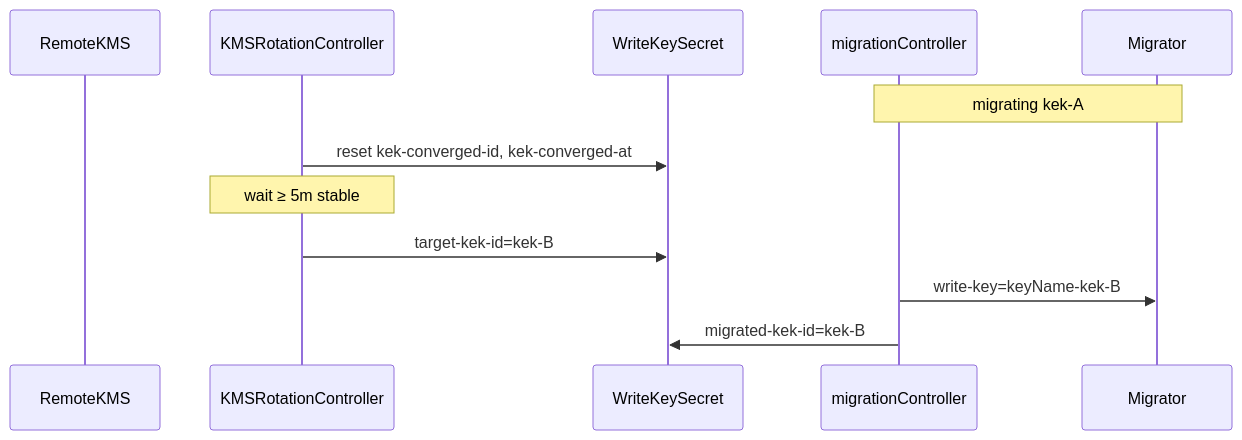
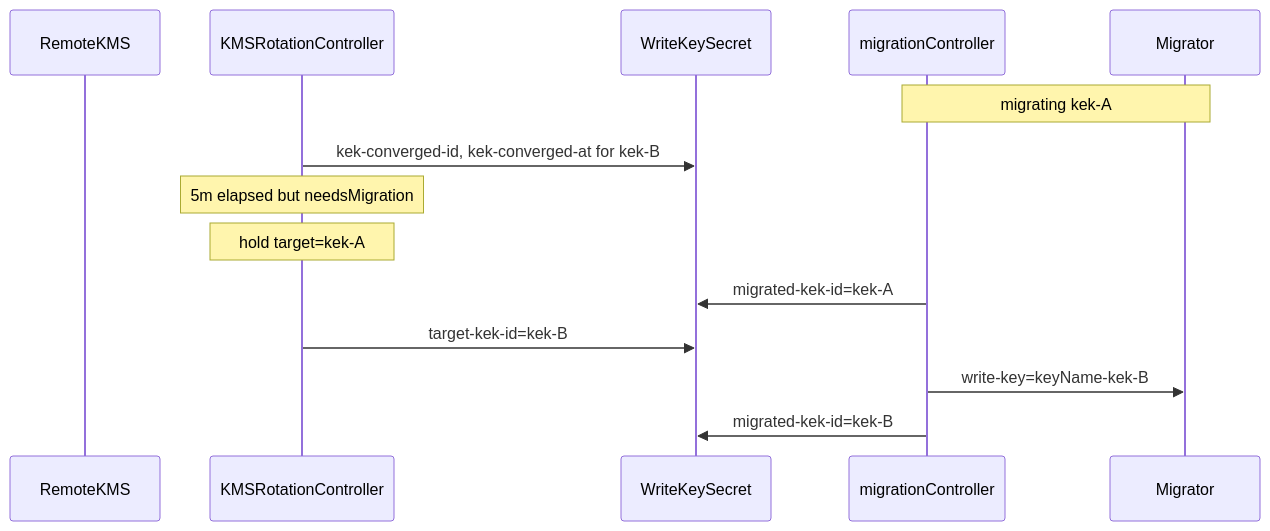
One commit to openshift/enhancements changed the third of 3 diagrams in enhancements/kube-apiserver/kms-encryption-foundations.md. Above: the diagram before and after it, drawn with Mermaid. The commit also changed other lines of this file, not shown here.

````diff
--- a/enhancements/kube-apiserver/kms-encryption-foundations.md
+++ b/enhancements/kube-apiserver/kms-encryption-foundations.md
@@ -565,15 +579,17 @@
 ```mermaid
 sequenceDiagram
     participant KMS as RemoteKMS
     participant RotCtrl as KMSRotationController
     participant Secret as WriteKeySecret
     participant MigCtrl as migrationController
     participant SVM as Migrator
 
     Note over MigCtrl,SVM: migrating kek-A
-    RotCtrl->>Secret: reset kek-converged-id, kek-converged-at
-    Note over RotCtrl: wait ≥ 5m stable
+    RotCtrl->>Secret: kek-converged-id, kek-converged-at for kek-B
+    Note over RotCtrl: 5m elapsed but needsMigration
+    Note over RotCtrl: hold target=kek-A
+    MigCtrl->>Secret: migrated-kek-id=kek-A
     RotCtrl->>Secret: target-kek-id=kek-B
     MigCtrl->>SVM: write-key=keyName-kek-B
     MigCtrl->>Secret: migrated-kek-id=kek-B
 ```
````
